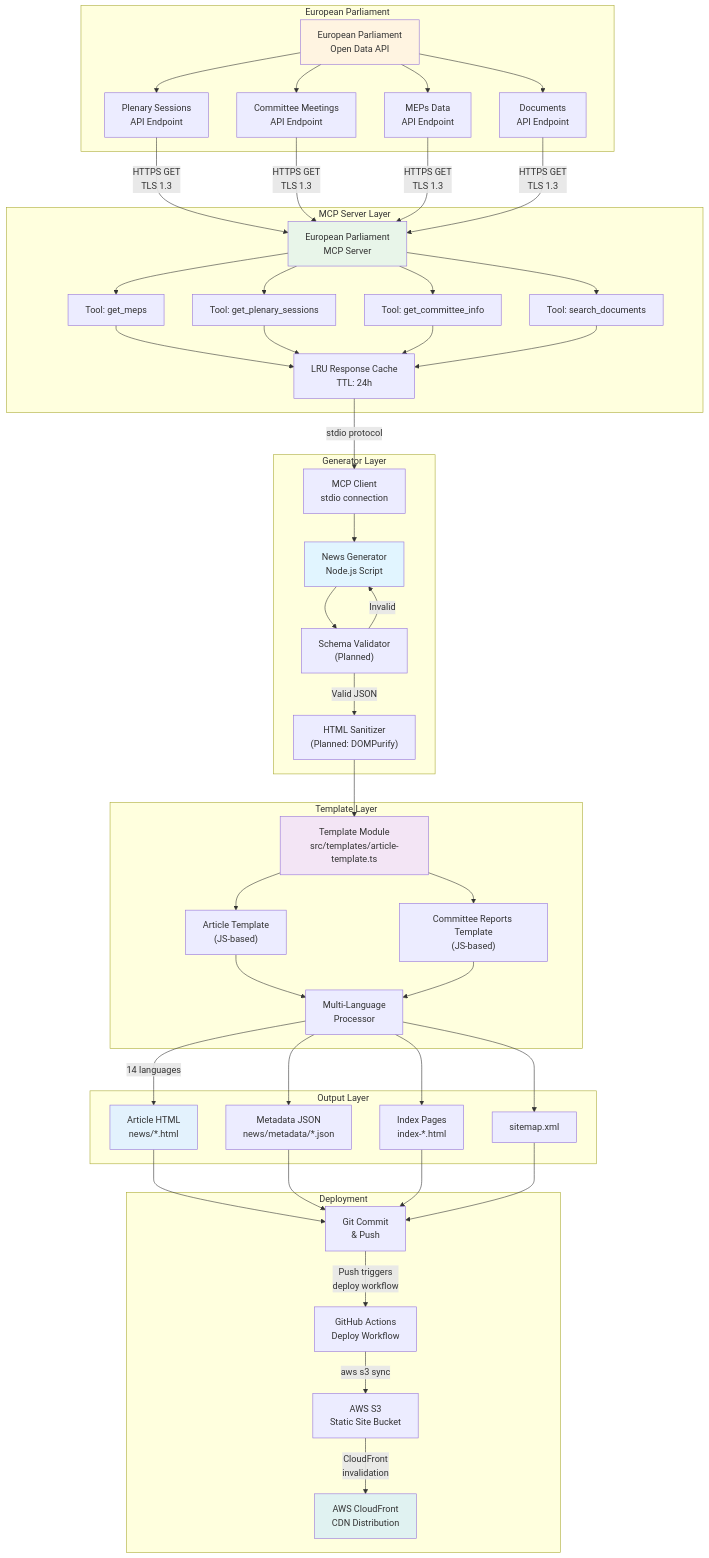
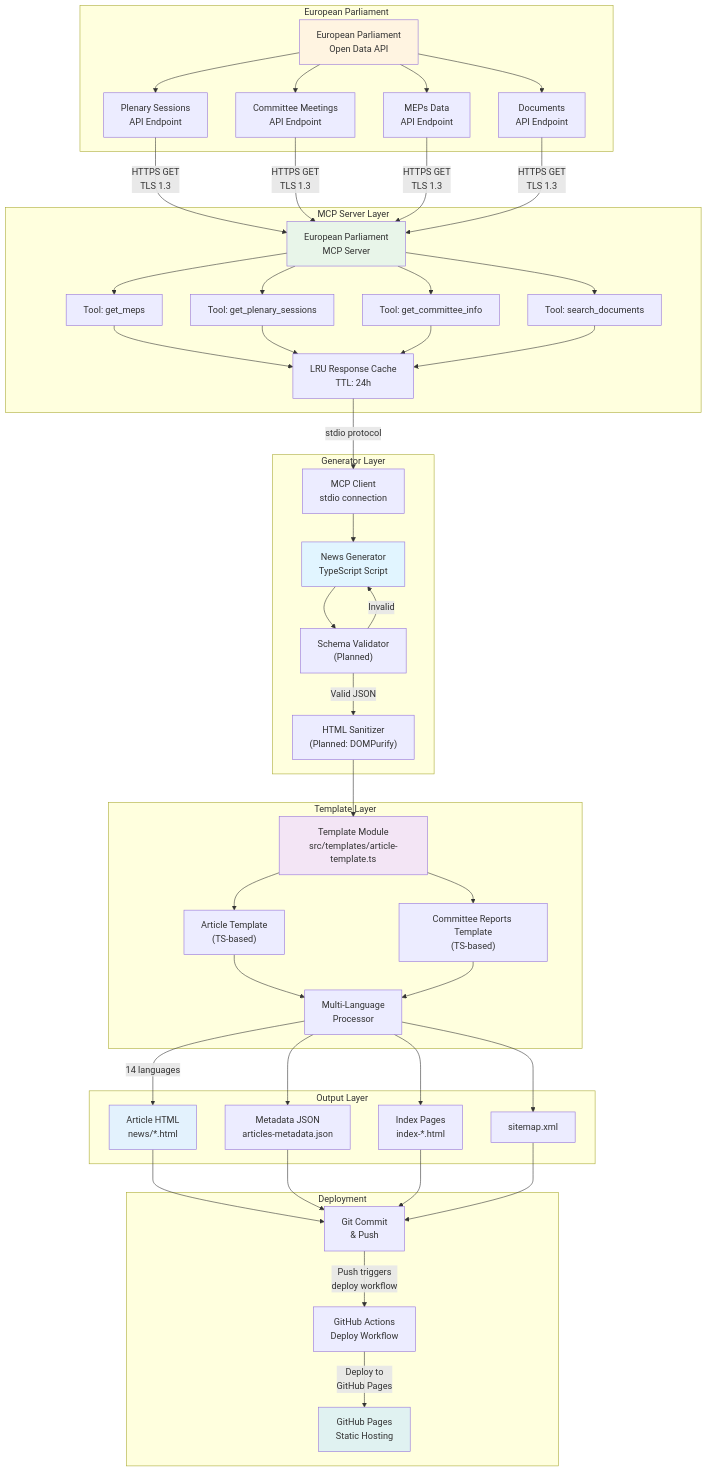
The sixth of 9 diagrams in DATA_MODEL.md (Hack23/euparliamentmonitor), drawn with Mermaid before and after one commit. The commit also changed other lines of this file, not shown here.

```diff
--- a/DATA_MODEL.md
+++ b/DATA_MODEL.md
@@ -902,7 +885,7 @@
     end
 
     subgraph "Generator Layer"
-        GENERATOR["News Generator<br/>Node.js Script"]
+        GENERATOR["News Generator<br/>TypeScript Script"]
         MCP_CLIENT["MCP Client<br/>stdio connection"]
         VALIDATOR["Schema Validator<br/>(Planned)"]
         SANITIZER["HTML Sanitizer<br/>(Planned: DOMPurify)"]
@@ -910,14 +893,14 @@
 
     subgraph "Template Layer"
         TEMPLATE_ENGINE["Template Module<br/>src/templates/article-template.ts"]
-        TEMPLATE_WEEK["Article Template<br/>(JS-based)"]
-        TEMPLATE_COMMITTEE["Committee Reports Template<br/>(JS-based)"]
+        TEMPLATE_WEEK["Article Template<br/>(TS-based)"]
+        TEMPLATE_COMMITTEE["Committee Reports Template<br/>(TS-based)"]
         LANGUAGE_PROCESSOR["Multi-Language<br/>Processor"]
     end
 
     subgraph "Output Layer"
         ARTICLE_HTML["Article HTML<br/>news/*.html"]
-        METADATA_JSON["Metadata JSON<br/>news/metadata/*.json"]
+        METADATA_JSON["Metadata JSON<br/>articles-metadata.json"]
         INDEX_HTML["Index Pages<br/>index-*.html"]
         SITEMAP_XML["sitemap.xml"]
     end
@@ -925,8 +908,7 @@
     subgraph "Deployment"
         GIT_COMMIT["Git Commit<br/>& Push"]
         GHA_DEPLOY["GitHub Actions<br/>Deploy Workflow"]
-        S3_BUCKET["AWS S3<br/>Static Site Bucket"]
-        GH_PAGES["AWS CloudFront<br/>CDN Distribution"]
+        GH_PAGES["GitHub Pages<br/>Static Hosting"]
     end
 
     EP_API --> EP_PLENARY
@@ -972,8 +954,7 @@
     SITEMAP_XML --> GIT_COMMIT
 
     GIT_COMMIT -->|"Push triggers<br/>deploy workflow"| GHA_DEPLOY
-    GHA_DEPLOY -->|"aws s3 sync"| S3_BUCKET
-    S3_BUCKET -->|"CloudFront<br/>invalidation"| GH_PAGES
+    GHA_DEPLOY -->|"Deploy to<br/>GitHub Pages"| GH_PAGES
 
     style EP_API fill:#fff4e1
     style MCP_SERVER fill:#e8f5e9
```
